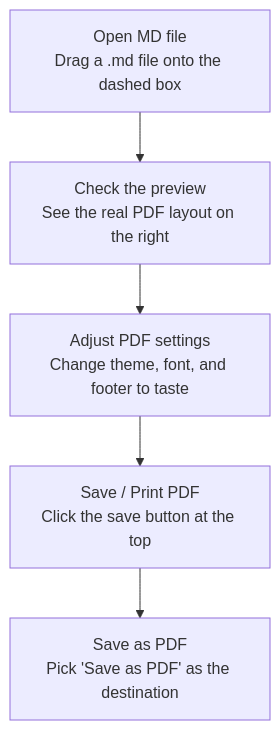
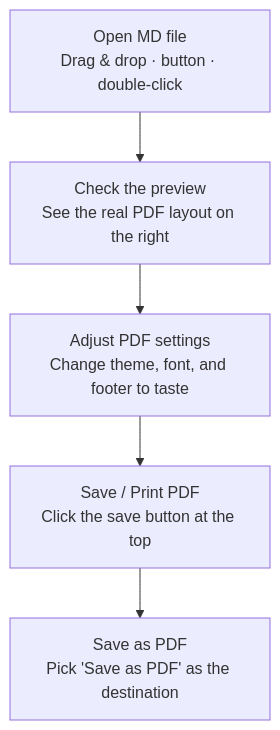
One commit to felixleee/MDeautify changed the first of 4 diagrams in MDeautify_User_Guide.md. Above: the diagram before and after it, drawn with Mermaid. The commit also changed other lines of this file and 7 other files, not shown here.

````diff
--- a/MDeautify_User_Guide.md
+++ b/MDeautify_User_Guide.md
@@ -23,7 +23,7 @@
 ```mermaid
 flowchart TD
-A["Open MD file<br>Drag a .md file onto the dashed box"] --> B["Check the preview<br>See the real PDF layout on the right"]
+A["Open MD file<br>Drag & drop · button · double-click"] --> B["Check the preview<br>See the real PDF layout on the right"]
 B --> C["Adjust PDF settings<br>Change theme, font, and footer to taste"]
 C --> D["Save / Print PDF<br>Click the save button at the top"]
 D --> E["Save as PDF<br>Pick 'Save as PDF' as the destination"]
 ```
````
